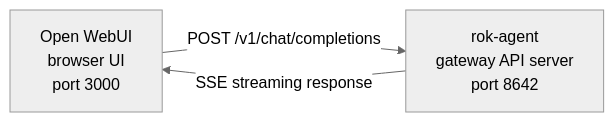
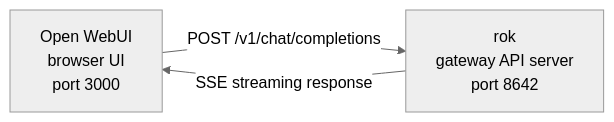
Before and after one commit to RokctAI/ROK: the diagram in website/docs/user-guide/messaging/open-webui.md, drawn with Mermaid (neutral theme). The commit also changed other lines of this file and 1135 other files, not shown here.

````diff
--- a/website/docs/user-guide/messaging/open-webui.md
+++ b/website/docs/user-guide/messaging/open-webui.md
@@ -13,7 +13,7 @@
 ```mermaid
 flowchart LR
     A["Open WebUI<br/>browser UI<br/>port 3000"]
-    B["rok-agent<br/>gateway API server<br/>port 8642"]
+    B["rok<br/>gateway API server<br/>port 8642"]
     A -->|POST /v1/chat/completions| B
     B -->|SSE streaming response| A
 ```
````
